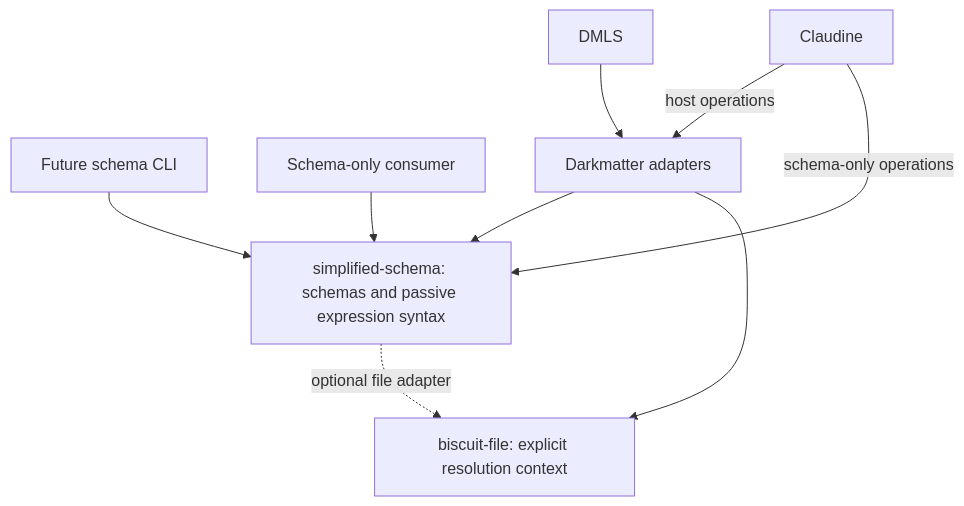
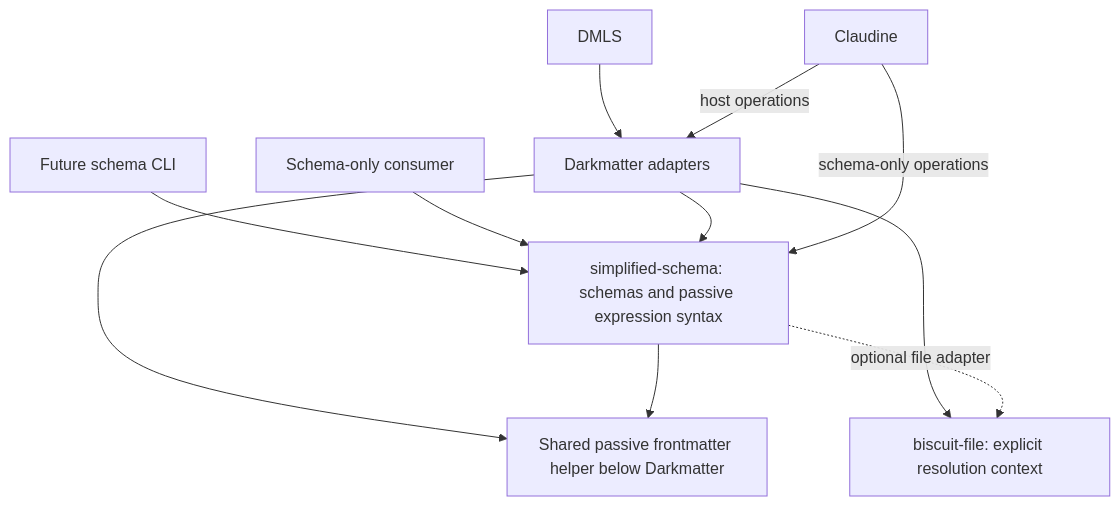
One commit to yankeeinlondon/rusty-biscuit changed the diagram in darkmatter/features/2026-10-25-extract-simplified-schema/spec.md. Above: the diagram before and after it, drawn with Mermaid. The commit also changed other lines of this file, not shown here.

First line of the commit message:
planning(darkmatter): finalize extract-simplified-schema spec

````diff
--- a/darkmatter/features/2026-10-25-extract-simplified-schema/spec.md
+++ b/darkmatter/features/2026-10-25-extract-simplified-schema/spec.md
@@ -125,11 +153,13 @@
 ```mermaid
 flowchart TD
     FutureCLI["Future schema CLI"] --> Schema["simplified-schema: schemas and passive expression syntax"]
     Consumer["Schema-only consumer"] --> Schema
     DM["Darkmatter adapters"] --> Schema
     DMLS["DMLS"] --> DM
     Claudine["Claudine"] -->|"host operations"| DM
     Claudine -->|"schema-only operations"| Schema
     DM --> Files["biscuit-file: explicit resolution context"]
+    DM --> Passive["Shared passive frontmatter helper below Darkmatter"]
+    Schema --> Passive
     Schema -. "optional file adapter" .-> Files
 ```
````
